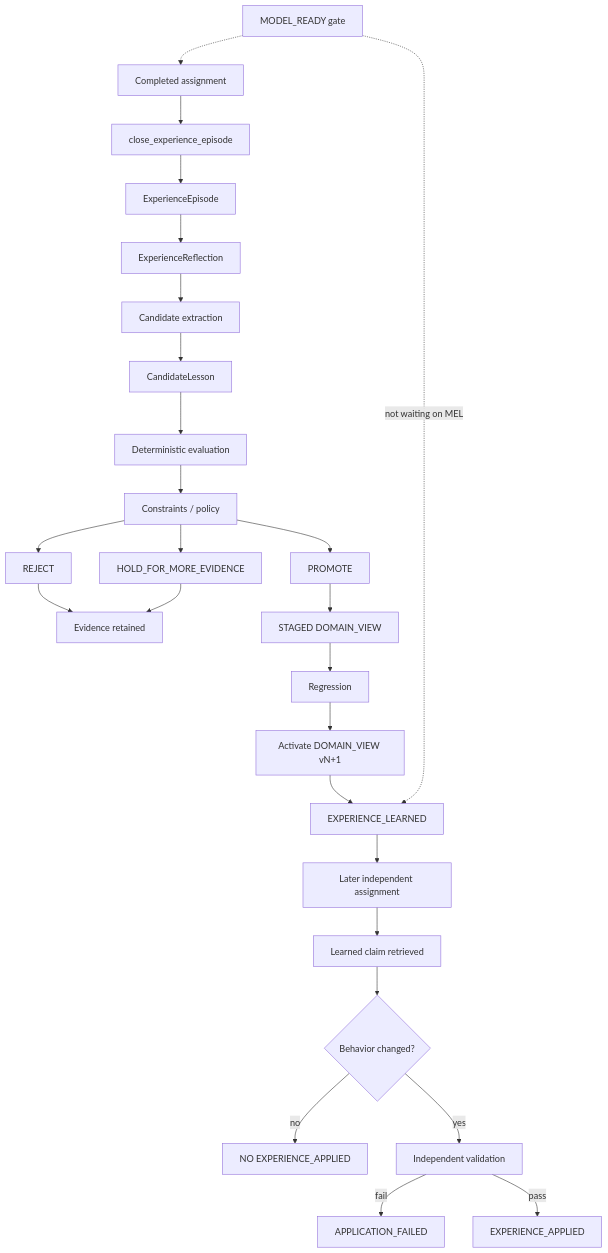
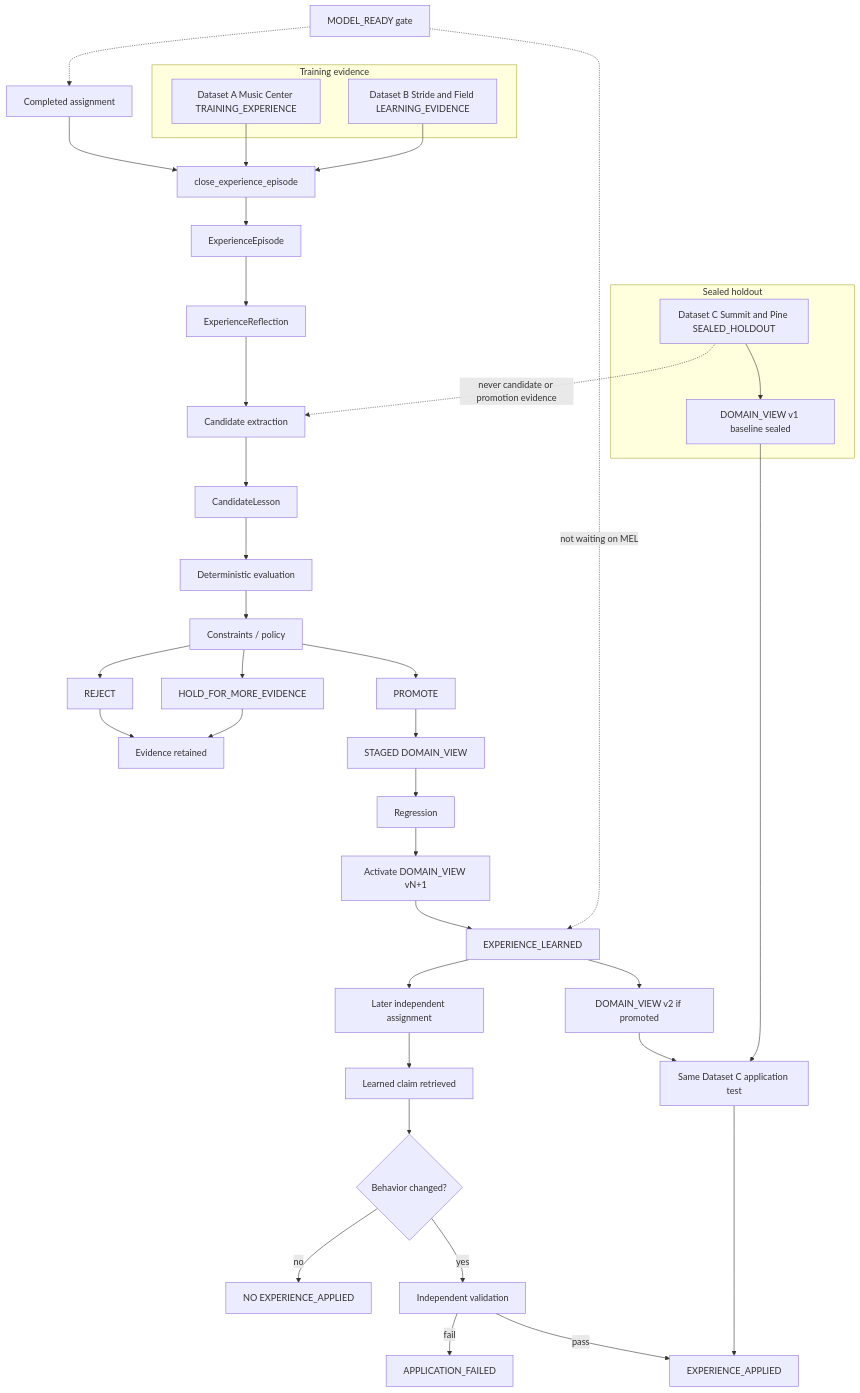
The diagram in docs/architecture/PREM3_MEL_LEARNING_CYCLE.mmd (datateamsix/model-ready-m3), drawn with Mermaid before and after one commit. The commit also changed other lines of this file and 136 other files, not shown here.

First line of the commit message:
Seal Summit & Pine Dataset C as the pre-learning holdout and move canonical synthetic assignments under datasets/.

```diff
--- a/docs/architecture/PREM3_MEL_LEARNING_CYCLE.mmd
+++ b/docs/architecture/PREM3_MEL_LEARNING_CYCLE.mmd
@@ -1,27 +1,43 @@
 flowchart TD
     task[Completed assignment] --> closeEp[close_experience_episode]
     closeEp --> episode[ExperienceEpisode]
     episode --> reflect[ExperienceReflection]
     reflect --> extract[Candidate extraction]
     extract --> candidate[CandidateLesson]
     candidate --> eval[Deterministic evaluation]
     eval --> constraints[Constraints / policy]
     constraints --> reject[REJECT]
     constraints --> hold[HOLD_FOR_MORE_EVIDENCE]
     constraints --> promote[PROMOTE]
     reject --> evidence[Evidence retained]
     hold --> evidence
     promote --> staged[STAGED DOMAIN_VIEW]
     staged --> regress[Regression]
     regress --> activate[Activate DOMAIN_VIEW vN+1]
     activate --> learned[EXPERIENCE_LEARNED]
     learned --> future[Later independent assignment]
     future --> retrieve[Learned claim retrieved]
     retrieve --> changed{Behavior changed?}
     changed -->|no| noApply[NO EXPERIENCE_APPLIED]
     changed -->|yes| validate[Independent validation]
     validate -->|fail| failed[APPLICATION_FAILED]
     validate -->|pass| applied[EXPERIENCE_APPLIED]
 
     MODEL_READY_GATE[MODEL_READY gate] -.-> task
     MODEL_READY_GATE -.->|not waiting on MEL| learned
+
+    subgraph training [Training evidence]
+        A[Dataset A Music Center TRAINING_EXPERIENCE]
+        B[Dataset B Stride and Field LEARNING_EVIDENCE]
+    end
+    subgraph holdout [Sealed holdout]
+        C[Dataset C Summit and Pine SEALED_HOLDOUT]
+        C --> cBase[DOMAIN_VIEW v1 baseline sealed]
+    end
+    A --> closeEp
+    B --> closeEp
+    C -.->|never candidate or promotion evidence| extract
+    learned --> v2[DOMAIN_VIEW v2 if promoted]
+    v2 --> cApply[Same Dataset C application test]
+    cBase --> cApply
+    cApply --> applied
```
